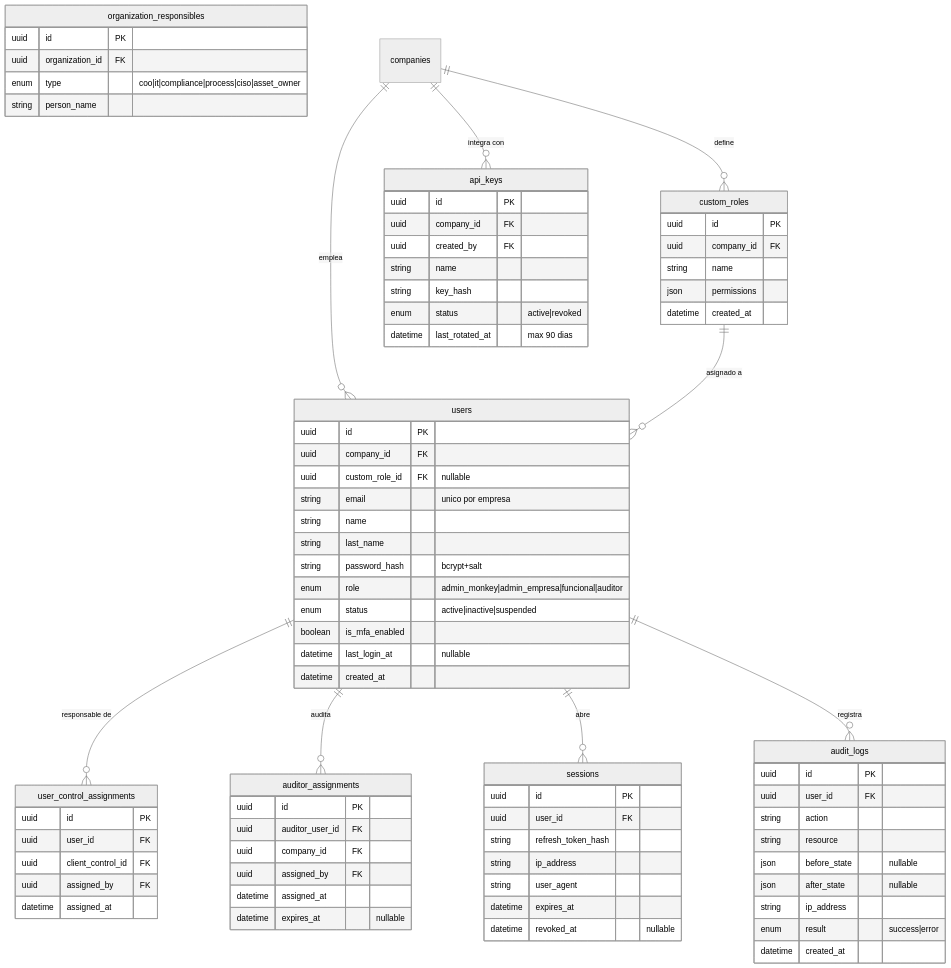
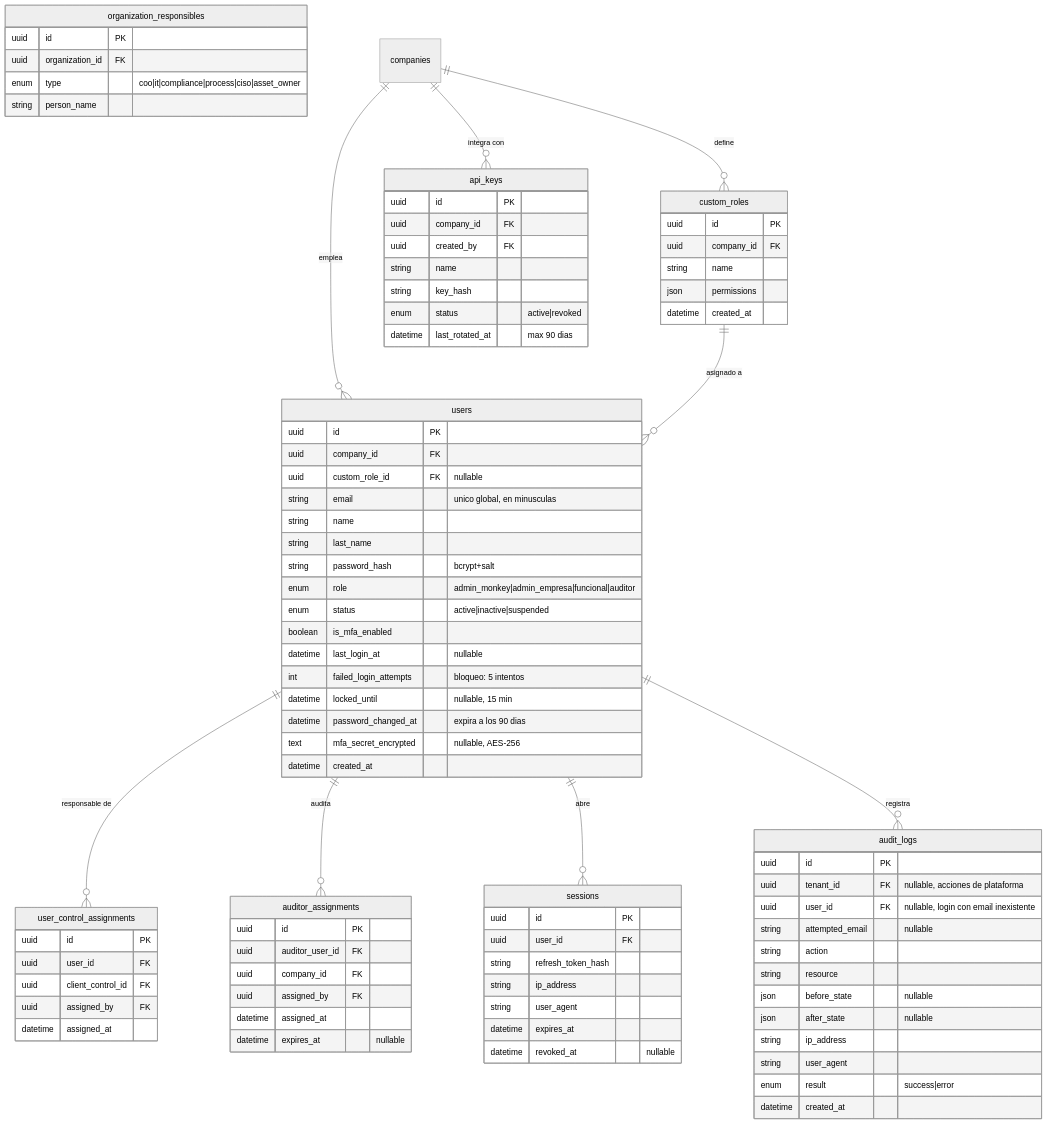
One commit to Monkey-GRC/Monkey-Brain-IA changed the seventh of 16 diagrams in skills/product/monkey-compliance-council/references/modelo-datos.md. Above: the diagram before and after it, drawn with Mermaid (neutral theme). The commit also changed other lines of this file and 10 other files, not shown here.

Commit message:
docs(model): update relational model after migration review (D26-D34) and absorb schema implementation log

```diff
--- a/skills/product/monkey-compliance-council/references/modelo-datos.md
+++ b/skills/product/monkey-compliance-council/references/modelo-datos.md
@@ -735,7 +814,7 @@
         uuid id PK
         uuid company_id FK
         uuid custom_role_id FK "nullable"
-        string email "unico por empresa"
+        string email "unico global, en minusculas"
         string name
         string last_name
         string password_hash "bcrypt+salt"
@@ -743,6 +822,10 @@
         enum status "active|inactive|suspended"
         boolean is_mfa_enabled
         datetime last_login_at "nullable"
+        int failed_login_attempts "bloqueo: 5 intentos"
+        datetime locked_until "nullable, 15 min"
+        datetime password_changed_at "expira a los 90 dias"
+        text mfa_secret_encrypted "nullable, AES-256"
         datetime created_at
     }
     custom_roles {
@@ -787,12 +870,15 @@
     }
     audit_logs {
         uuid id PK
-        uuid user_id FK
+        uuid tenant_id FK "nullable, acciones de plataforma"
+        uuid user_id FK "nullable, login con email inexistente"
+        string attempted_email "nullable"
         string action
         string resource
         json before_state "nullable"
         json after_state "nullable"
         string ip_address
+        string user_agent
         enum result "success|error"
         datetime created_at
     }
```
